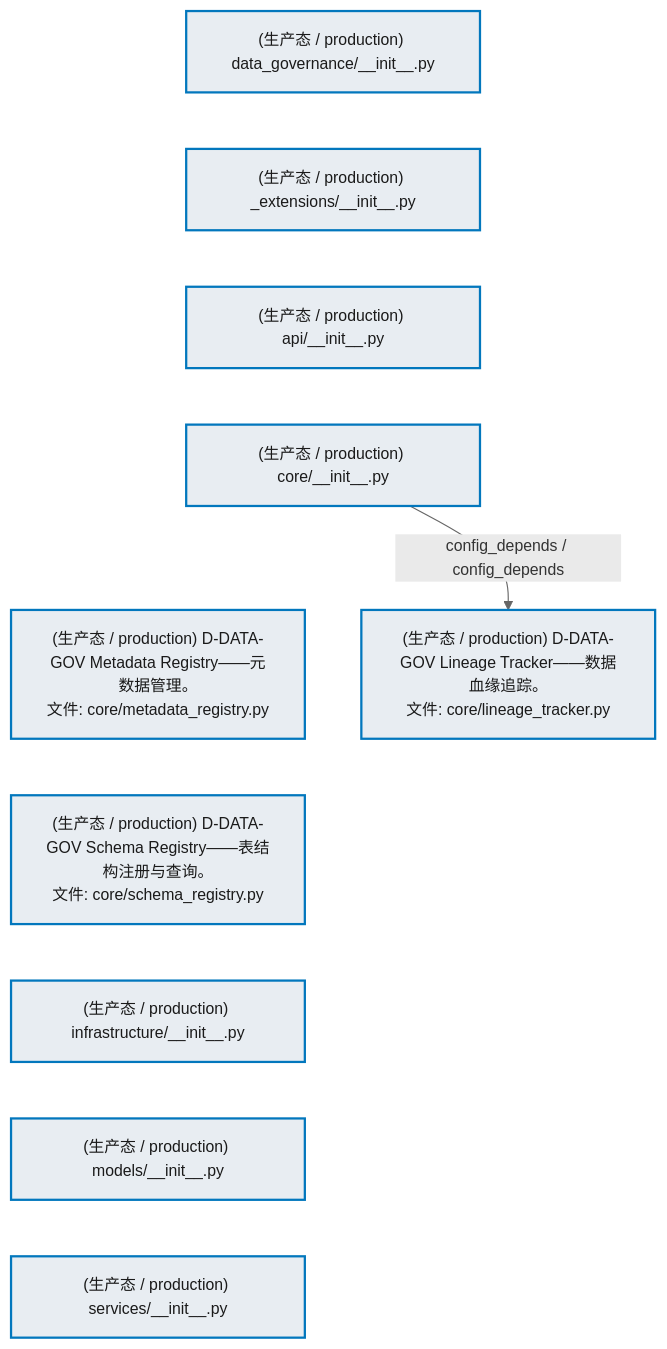
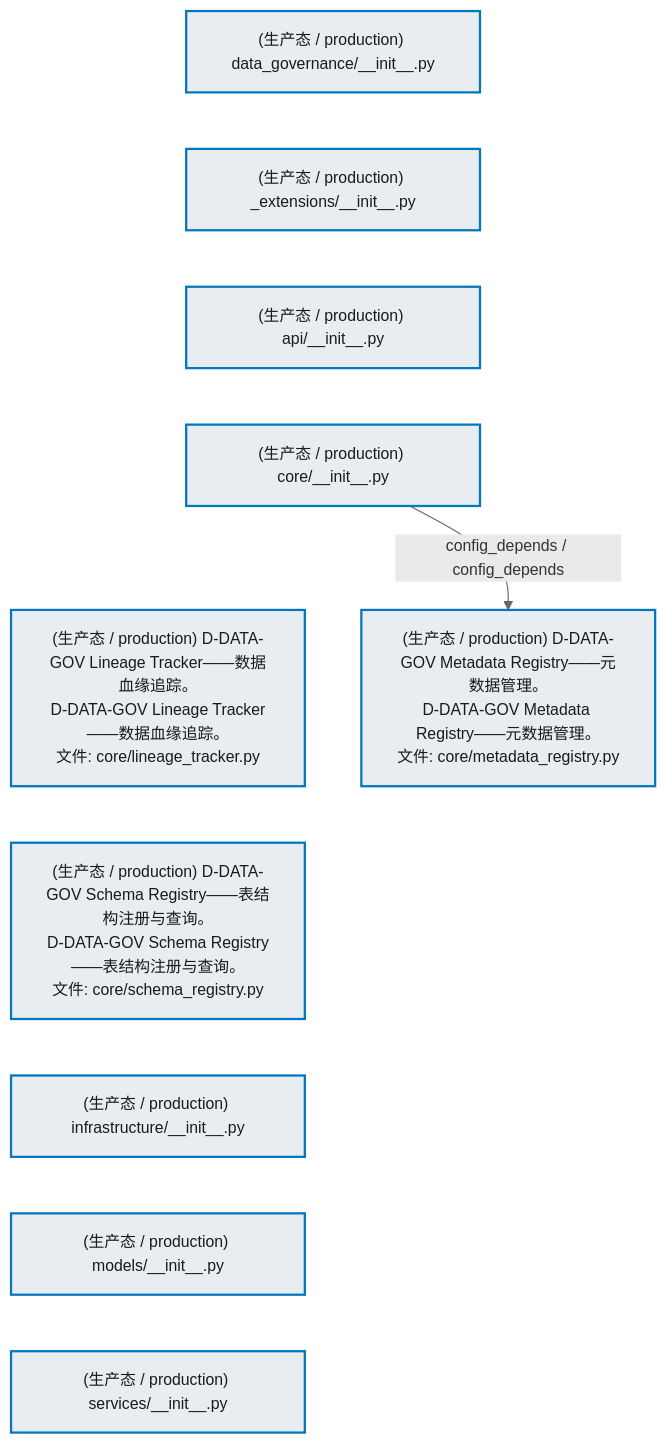
Before and after one commit to xuanFelixVan/ZephyrAlpha: the first of 2 diagrams in docs/02_enterprise_architecture/02_domain_architecture_docs/13_d_data_gov.md, drawn with Mermaid. The commit also changed other lines of this file and 80 other files, not shown here.

````diff
--- a/docs/02_enterprise_architecture/02_domain_architecture_docs/13_d_data_gov.md
+++ b/docs/02_enterprise_architecture/02_domain_architecture_docs/13_d_data_gov.md
@@ -70,28 +72,28 @@
 ```mermaid
 %%{init: {'theme': 'base', 'themeVariables': {'primaryColor': '#eaeaea', 'primaryTextColor': '#333333', 'primaryBorderColor': '#666666', 'lineColor': '#666666', 'secondaryColor': '#eaeaea', 'tertiaryColor': '#eaeaea', 'fontSize': '14px'}}}%%
 flowchart TD
     src_zephyr_data_governance_init_py["(生产态 / production) data_governance/__init__.py"]
     src_zephyr_data_governance_extensions_init_py["(生产态 / production) _extensions/__init__.py"]
     src_zephyr_data_governance_api_init_py["(生产态 / production) api/__init__.py"]
     src_zephyr_data_governance_core_init_py["(生产态 / production) core/__init__.py"]
-    src_zephyr_data_governance_core_metadata_registry_py["(生产态 / production) D-DATA-GOV Metadata Registry——元数据管理。<br/>文件: core/metadata_registry.py"]
-    src_zephyr_data_governance_core_schema_registry_py["(生产态 / production) D-DATA-GOV Schema Registry——表结构注册与查询。<br/>文件: core/schema_registry.py"]
+    src_zephyr_data_governance_core_lineage_tracker_py["(生产态 / production) D-DATA-GOV Lineage Tracker——数据血缘追踪。<br/>D-DATA-GOV Lineage Tracker——数据血缘追踪。<br/>文件: core/lineage_tracker.py"]
+    src_zephyr_data_governance_core_schema_registry_py["(生产态 / production) D-DATA-GOV Schema Registry——表结构注册与查询。<br/>D-DATA-GOV Schema Registry——表结构注册与查询。<br/>文件: core/schema_registry.py"]
     src_zephyr_data_governance_infrastructure_init_py["(生产态 / production) infrastructure/__init__.py"]
     src_zephyr_data_governance_models_init_py["(生产态 / production) models/__init__.py"]
     src_zephyr_data_governance_services_init_py["(生产态 / production) services/__init__.py"]
     src_zephyr_data_governance_init_py ~~~ src_zephyr_data_governance_extensions_init_py
     src_zephyr_data_governance_extensions_init_py ~~~ src_zephyr_data_governance_api_init_py
     src_zephyr_data_governance_api_init_py ~~~ src_zephyr_data_governance_core_init_py
-    src_zephyr_data_governance_core_init_py ~~~ src_zephyr_data_governance_core_metadata_registry_py
-    src_zephyr_data_governance_core_metadata_registry_py ~~~ src_zephyr_data_governance_core_schema_registry_py
+    src_zephyr_data_governance_core_init_py ~~~ src_zephyr_data_governance_core_lineage_tracker_py
+    src_zephyr_data_governance_core_lineage_tracker_py ~~~ src_zephyr_data_governance_core_schema_registry_py
     src_zephyr_data_governance_core_schema_registry_py ~~~ src_zephyr_data_governance_infrastructure_init_py
     src_zephyr_data_governance_infrastructure_init_py ~~~ src_zephyr_data_governance_models_init_py
     src_zephyr_data_governance_models_init_py ~~~ src_zephyr_data_governance_services_init_py
-    src_zephyr_data_governance_core_lineage_tracker_py["(生产态 / production) D-DATA-GOV Lineage Tracker——数据血缘追踪。<br/>文件: core/lineage_tracker.py"]
-    src_zephyr_data_governance_core_init_py -->|config_depends / config_depends| src_zephyr_data_governance_core_lineage_tracker_py
+    src_zephyr_data_governance_core_metadata_registry_py["(生产态 / production) D-DATA-GOV Metadata Registry——元数据管理。<br/>D-DATA-GOV Metadata Registry——元数据管理。<br/>文件: core/metadata_registry.py"]
+    src_zephyr_data_governance_core_init_py -->|config_depends / config_depends| src_zephyr_data_governance_core_metadata_registry_py
     classDef production fill:#e8edf2,stroke:#0277bd,stroke-width:2px,color:#1a1a1a
     classDef design fill:#f0ebe3,stroke:#bf360c,stroke-width:2px,color:#1a1a1a,stroke-dasharray: 5 5
     classDef external_prod fill:#e8efe9,stroke:#1b5e20,stroke-width:1px,color:#1a1a1a
     classDef external_design fill:#efe5ea,stroke:#880e4f,stroke-width:1px,color:#1a1a1a,stroke-dasharray: 5 5
     class src_zephyr_data_governance_init_py,src_zephyr_data_governance_extensions_init_py,src_zephyr_data_governance_api_init_py,src_zephyr_data_governance_core_init_py,src_zephyr_data_governance_core_lineage_tracker_py,src_zephyr_data_governance_core_metadata_registry_py,src_zephyr_data_governance_core_schema_registry_py,src_zephyr_data_governance_infrastructure_init_py,src_zephyr_data_governance_models_init_py,src_zephyr_data_governance_services_init_py production
 ```
````
